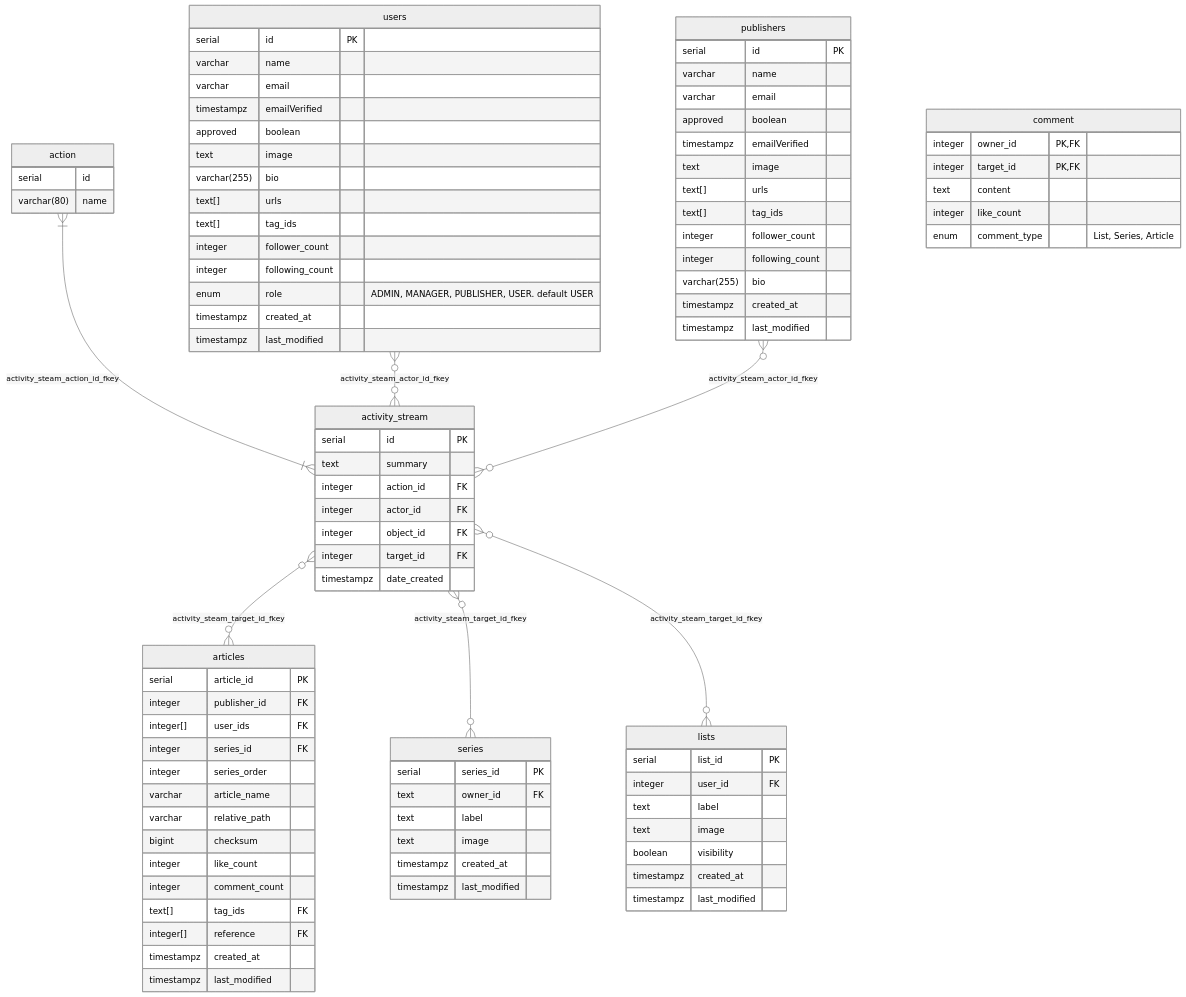
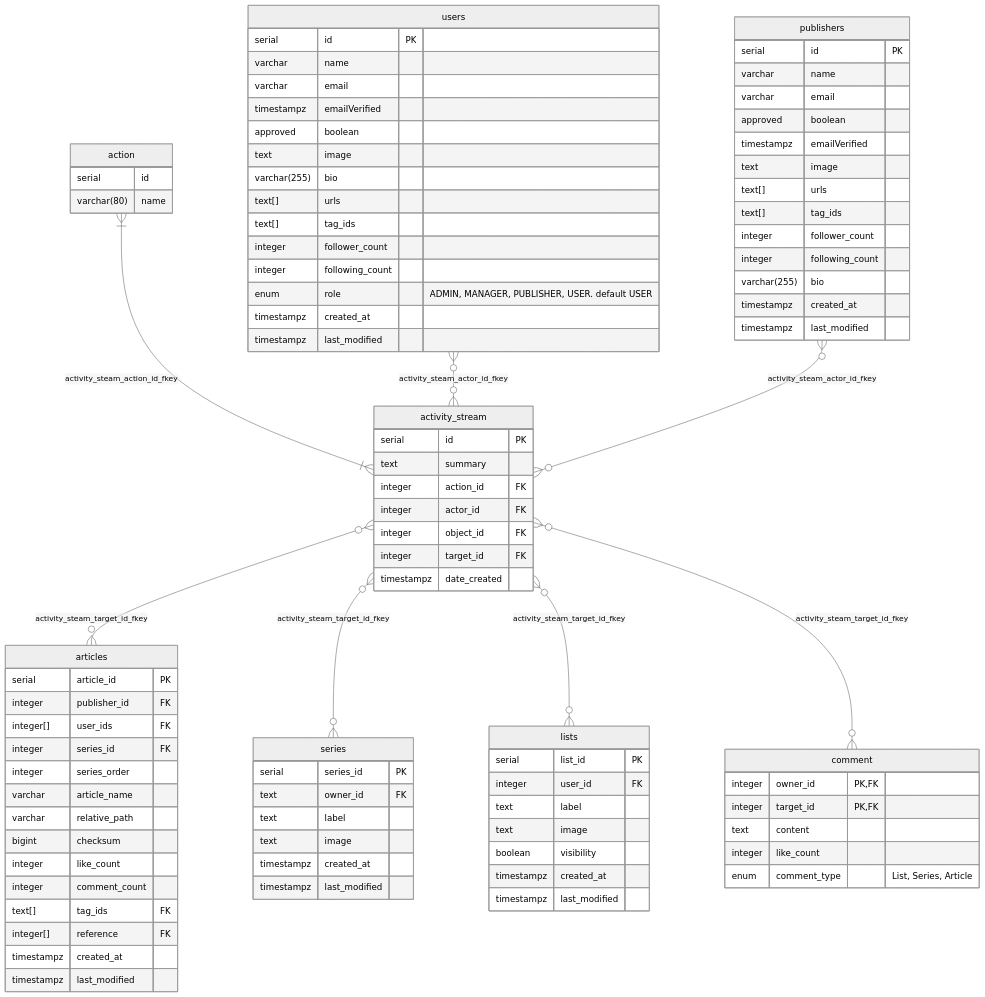
The ninth of 11 diagrams in Capstone/Diagrams.md (4ry1337/my-obsidian), drawn with Mermaid (neutral theme) before and after one commit. The commit also changed 1 other file, not shown here.

Commit message:
vault backup: 2024-01-19 11:44:45

````diff
--- a/Capstone/Diagrams.md
+++ b/Capstone/Diagrams.md
@@ -775,4 +775,5 @@
 activity_stream }o--o{ articles : activity_steam_target_id_fkey
 activity_stream }o--o{ series : activity_steam_target_id_fkey
 activity_stream }o--o{ lists : activity_steam_target_id_fkey
+activity_stream }o--o{ comment : activity_steam_target_id_fkey
 ```
````
